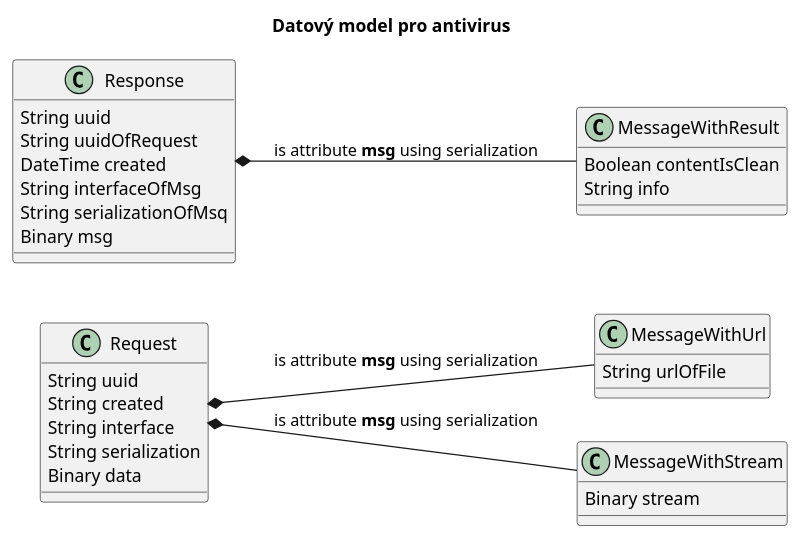
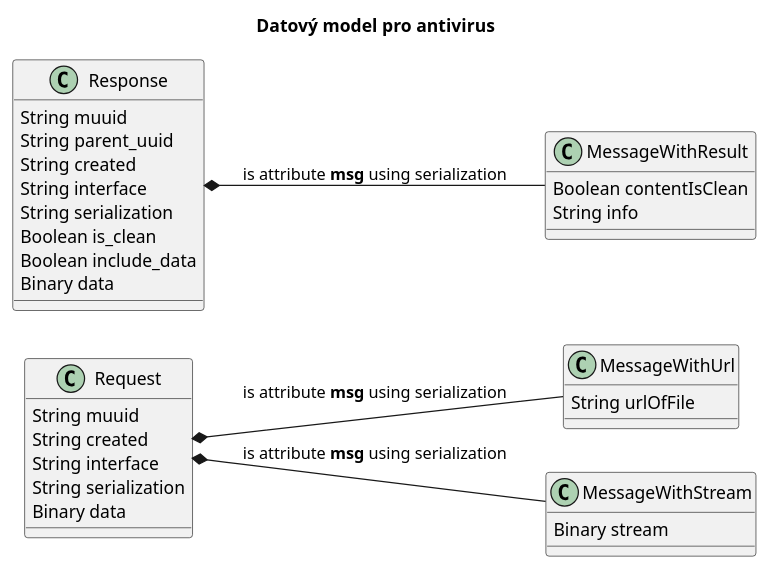
The diagram in docs/middleware/dm01.plantuml (edeposit/edeposit), drawn with PlantUML before and after one commit.

```diff
--- a/docs/middleware/dm01.plantuml
+++ b/docs/middleware/dm01.plantuml
@@ -1,41 +1,43 @@
 @startuml
 skinparam componentStyle uml2
 left to right direction
 title Datový model pro antivirus
 
 class Request {
-      String uuid
+      String muuid
       String created
       String interface
       String serialization
       Binary data
 }
 
 class MessageWithUrl {
       String urlOfFile
 }
 
 class MessageWithStream {
       Binary stream
 }
 
 class Response {
-      String uuid
-      String uuidOfRequest
-      DateTime created
-      String interfaceOfMsg
-      String serializationOfMsq
-      Binary msg
+      String muuid
+      String parent_uuid
+      String created
+      String interface
+      String serialization
+      Boolean is_clean
+      Boolean include_data
+      Binary data
 }
 
 class MessageWithResult {
       Boolean contentIsClean
       String info
 }
 
 Request *-- MessageWithUrl : is attribute <b>msg</b> using serialization
 Request *-- MessageWithStream : is attribute <b>msg</b> using serialization
 
 Response *-- MessageWithResult : is attribute <b>msg</b> using serialization
 
 @enduml
```
